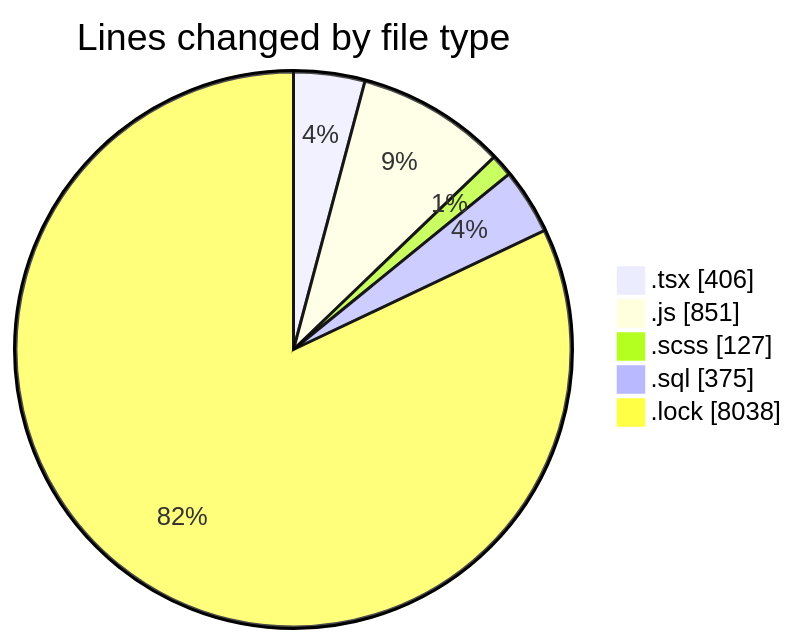
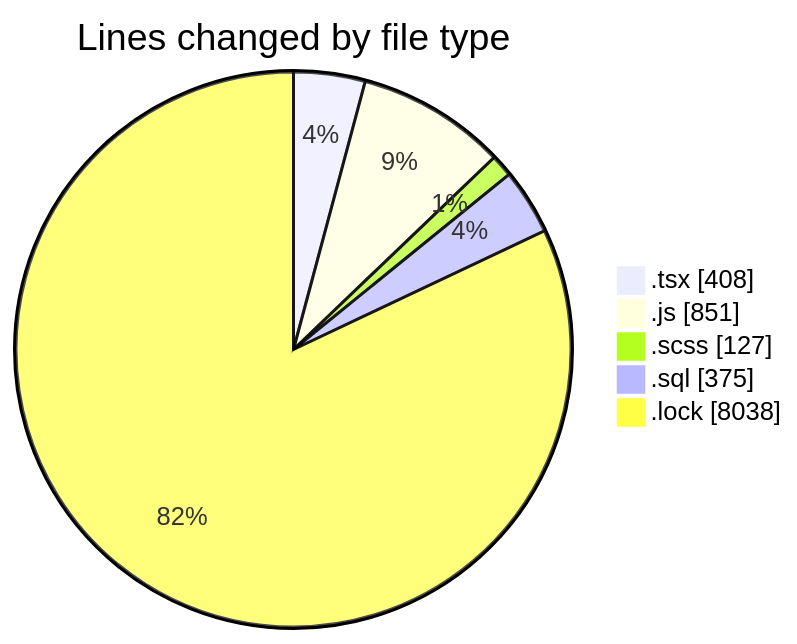
Before and after one commit to momahboobian/code-tracking: the first of 2 diagrams in 2025-03-18/cda/README.md, drawn with Mermaid. The commit also changed other lines of this file and 1 other file, not shown here.

````diff
--- a/2025-03-18/cda/README.md
+++ b/2025-03-18/cda/README.md
@@ -29,9 +29,9 @@
 ```mermaid
 pie showData
 title Lines changed by file type
-".tsx" : 406
+".tsx" : 408
 ".js" : 851
 ".scss" : 127
 ".sql" : 375
 ".lock" : 8038
 ```
````
